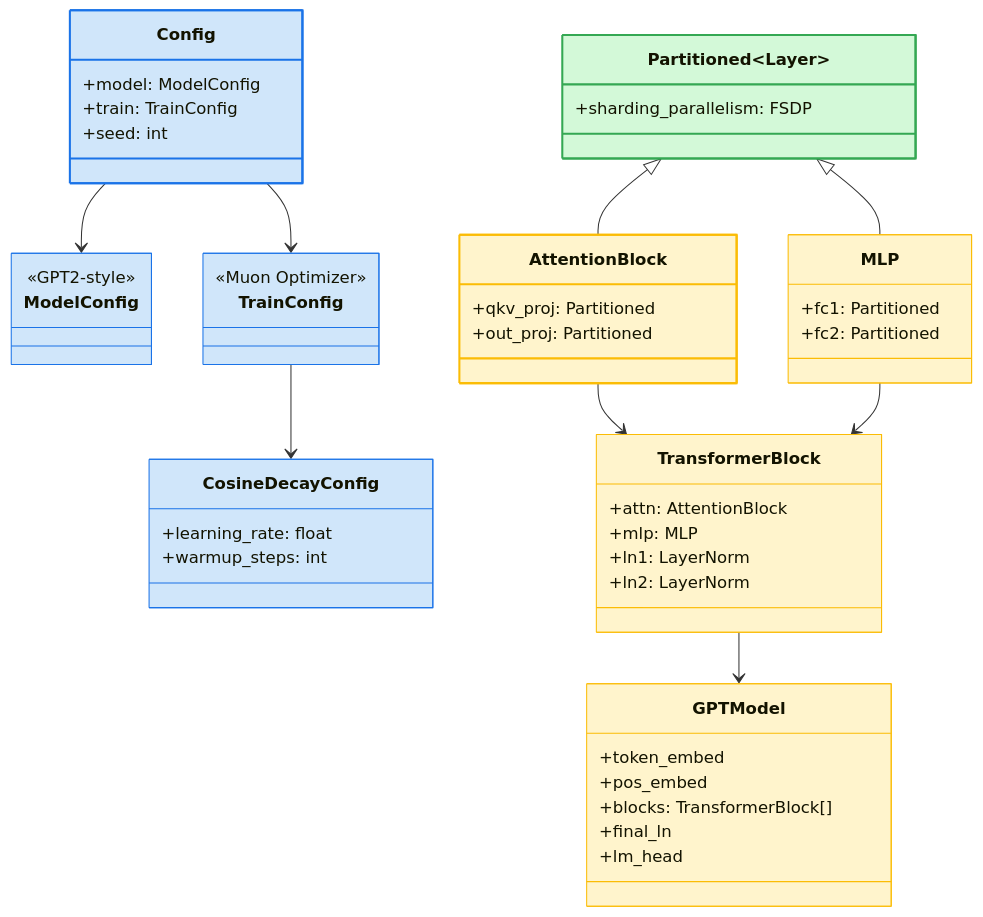
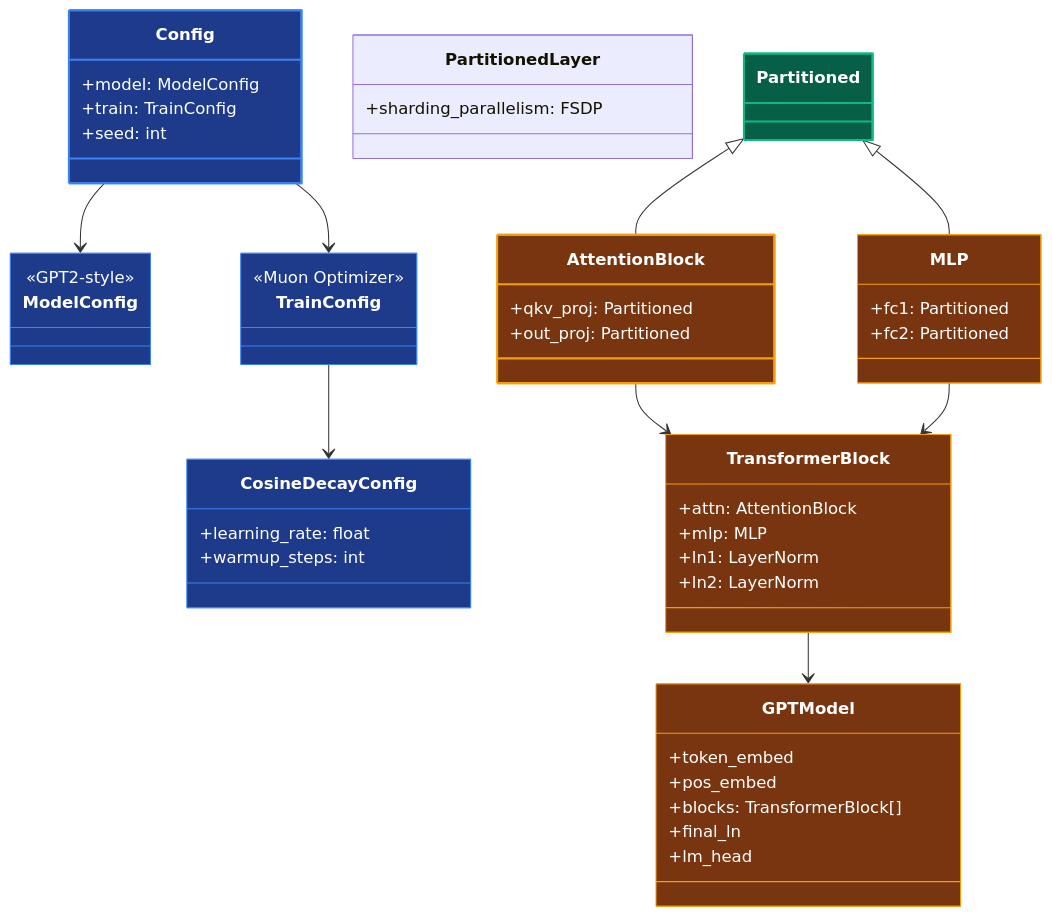
The second of 2 diagrams in README.md (Reidmen/jnanogpt), drawn with Mermaid before and after one commit. The commit also changed other lines of this file, not shown here.

Commit message:
better mermaid code for dark theme

````diff
--- a/README.md
+++ b/README.md
@@ -138,82 +139,71 @@
 ```mermaid
+classDiagram
 
-classDiagram
-    %% CONFIGURATION
-    class Config {
-        +model: ModelConfig
-        +train: TrainConfig
-        +seed: int
-    }
+class Config {
+    +model: ModelConfig
+    +train: TrainConfig
+    +seed: int
+}
+class ModelConfig {
+    <<GPT2-style>>
+}
+class TrainConfig {
+    <<Muon Optimizer>>
+}
+class CosineDecayConfig {
+    +learning_rate: float
+    +warmup_steps: int
+}
 
-    class ModelConfig {
-        <<GPT2-style>>
-    }
+Config --> ModelConfig
+Config --> TrainConfig
+TrainConfig --> CosineDecayConfig
 
-    class TrainConfig {
-        <<Muon Optimizer>>
-    }
+class PartitionedLayer {
+    +sharding_parallelism: FSDP
+}
 
-    class CosineDecayConfig {
-        +learning_rate: float
-        +warmup_steps: int
-    }
+class AttentionBlock {
+    +qkv_proj: Partitioned
+    +out_proj: Partitioned
+}
 
-    Config --> ModelConfig
-    Config --> TrainConfig
-    TrainConfig --> CosineDecayConfig
+class MLP {
+    +fc1: Partitioned
+    +fc2: Partitioned
+}
 
-    %% PARALLELISM
-    class Partitioned~Layer~ {
-        +sharding_parallelism: FSDP
-    }
+class TransformerBlock {
+    +attn: AttentionBlock
+    +mlp: MLP
+    +ln1: LayerNorm
+    +ln2: LayerNorm
+}
 
-    %% MODEL ARCHITECTURE
-    class AttentionBlock {
-        +qkv_proj: Partitioned
-        +out_proj: Partitioned
-    }
+class GPTModel {
+    +token_embed
+    +pos_embed
+    +blocks: TransformerBlock[]
+    +final_ln
+    +lm_head
+}
 
-    class MLP {
-        +fc1: Partitioned
-        +fc2: Partitioned
-    }
+AttentionBlock --> TransformerBlock
+MLP --> TransformerBlock
+TransformerBlock --> GPTModel
 
-    class TransformerBlock {
-        +attn: AttentionBlock
-        +mlp: MLP
-        +ln1: LayerNorm
-        +ln2: LayerNorm
-    }
+Partitioned <|-- AttentionBlock
+Partitioned <|-- MLP
 
-    class GPTModel {
-        +token_embed
-        +pos_embed
-        +blocks: TransformerBlock[]
-        +final_ln
-        +lm_head
-    }
+style Config fill:#1E3A8A,stroke:#3B82F6,stroke-width:2px,color:#FFFFFF
+style ModelConfig fill:#1E3A8A,stroke:#3B82F6,color:#FFFFFF
+style TrainConfig fill:#1E3A8A,stroke:#3B82F6,color:#FFFFFF
+style CosineDecayConfig fill:#1E3A8A,stroke:#3B82F6,color:#FFFFFF
 
-    %% COMPOSITION RELATIONSHIPS
-    AttentionBlock --> TransformerBlock
-    MLP --> TransformerBlock
-    TransformerBlock --> GPTModel
+style Partitioned fill:#065F46,stroke:#10B981,stroke-width:2px,color:#FFFFFF
 
-    Partitioned <|-- AttentionBlock
-    Partitioned <|-- MLP
-
-    %% COLOR STYLING
-    %% Config group - Light blue
-    style Config fill:#D0E6FA,stroke:#1A73E8,stroke-width:2px
-    style ModelConfig fill:#D0E6FA,stroke:#1A73E8
-    style TrainConfig fill:#D0E6FA,stroke:#1A73E8
-    style CosineDecayConfig fill:#D0E6FA,stroke:#1A73E8
-
-    %% Parallelism - Light green
-    style Partitioned fill:#D3F9D8,stroke:#34A853,stroke-width:2px
-
-    %% Model blocks - Light yellow
-    style AttentionBlock fill:#FFF4CC,stroke:#FBBC05,stroke-width:2px
-    style MLP fill:#FFF4CC,stroke:#FBBC05
-    style TransformerBlock fill:#FFF4CC,stroke:#FBBC05
-    style GPTModel fill:#FFF4CC,stroke:#FBBC05
+style AttentionBlock fill:#78350F,stroke:#F59E0B,stroke-width:2px,color:#FFFFFF
+style MLP fill:#78350F,stroke:#F59E0B,color:#FFFFFF
+style TransformerBlock fill:#78350F,stroke:#F59E0B,color:#FFFFFF
+style GPTModel fill:#78350F,stroke:#F59E0B,color:#FFFFFF
 ```
````
